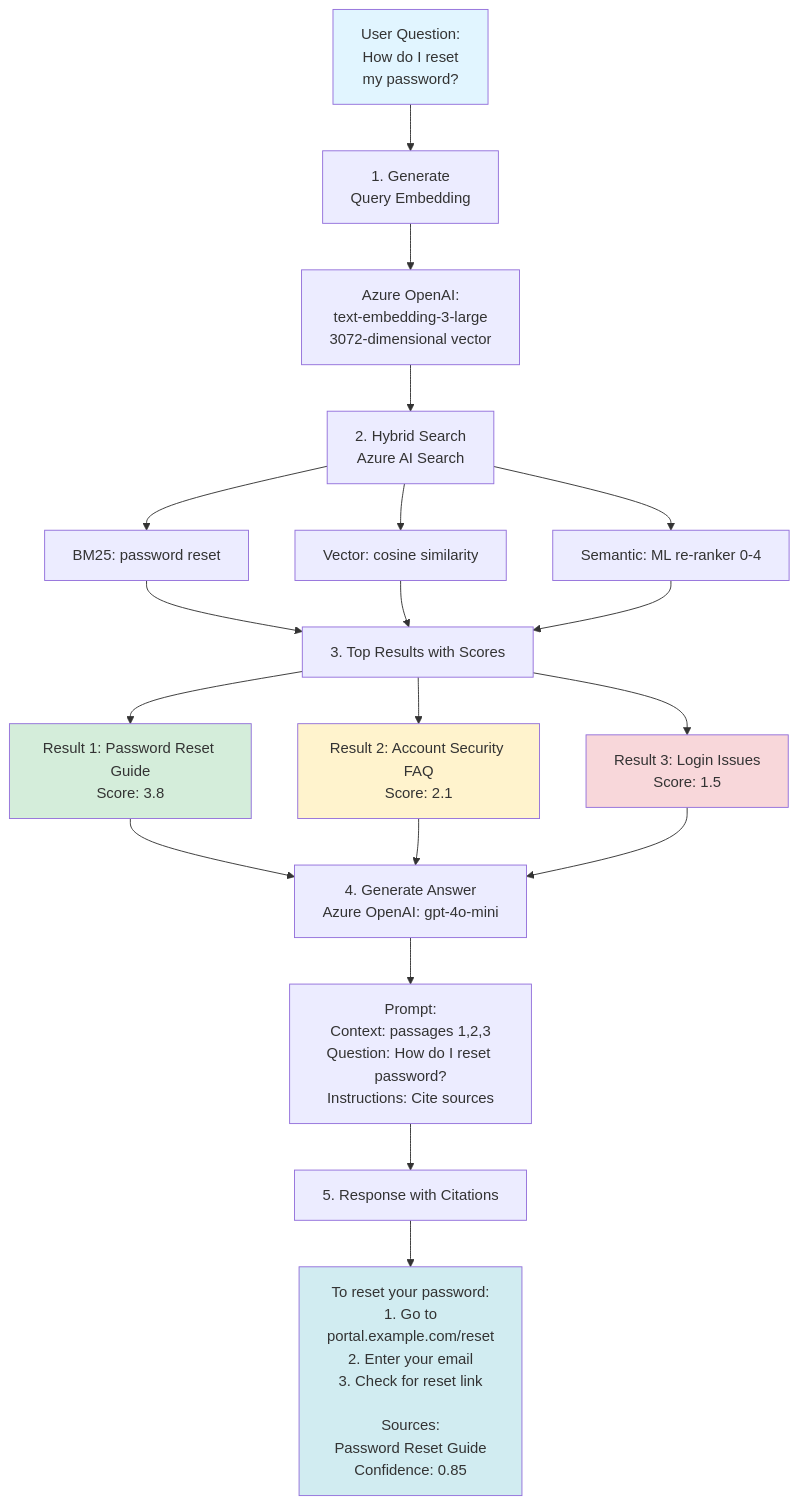
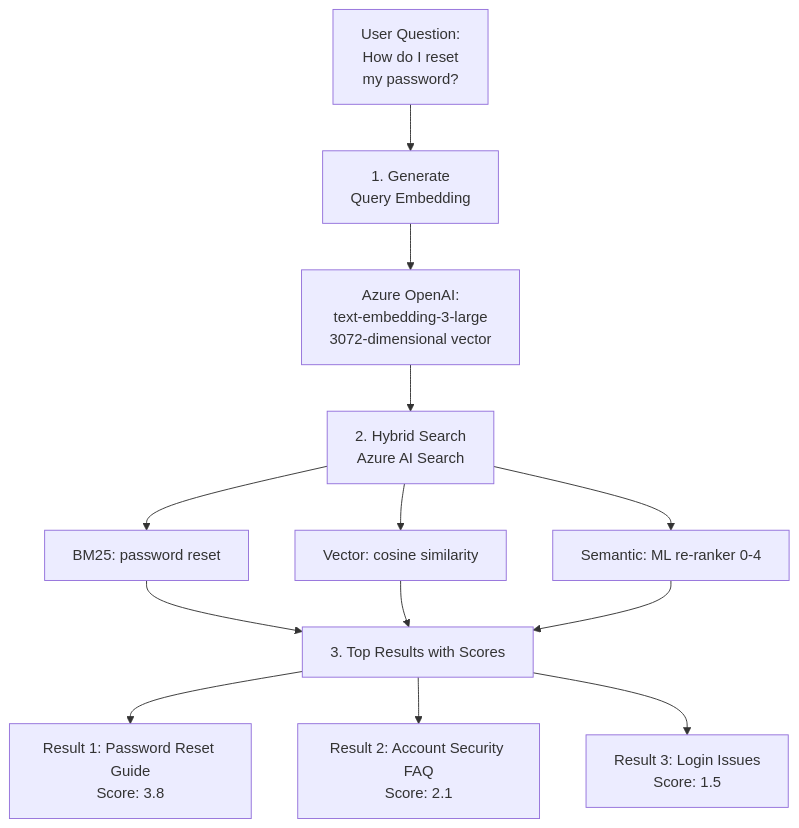
Before and after one commit to LuiseFreese/espc25-smart-support-agent: the first of 2 diagrams in demos/02-rag-search/README.md, drawn with Mermaid. The commit also changed other lines of this file and 83 other files, not shown here.

````diff
--- a/demos/02-rag-search/README.md
+++ b/demos/02-rag-search/README.md
@@ -123,34 +211,18 @@
 ```mermaid
 flowchart TD
     A[User Question:<br/>How do I reset <br/>my password?] --> B[1. Generate <br/>Query Embedding]
     B --> B1[Azure OpenAI:<br/>text-embedding-3-large<br/>3072-dimensional vector]
     B1 --> C[2. Hybrid Search<br/>Azure AI Search]
     
     C --> C1[BM25: password reset]
     C --> C2[Vector: cosine similarity]
     C --> C3[Semantic: ML re-ranker 0-4]
     
     C1 --> D[3. Top Results with Scores]
     C2 --> D
     C3 --> D
     
     D --> D1["Result 1: Password Reset Guide<br/>Score: 3.8"]
     D --> D2["Result 2: Account Security FAQ<br/>Score: 2.1"]
     D --> D3["Result 3: Login Issues<br/>Score: 1.5"]
-    
-    D1 --> E[4. Generate Answer<br/>Azure OpenAI: gpt-4o-mini]
-    D2 --> E
-    D3 --> E
-    
-    E --> E1["Prompt:<br/>Context: passages 1,2,3<br/>Question: How do I reset password?<br/>Instructions: Cite sources"]
-    
-    E1 --> F[5. Response with Citations]
-    
-    F --> F1["To reset your password:<br/>1. Go to <br/>portal.example.com/reset<br/>2. Enter your email<br/>3. Check for reset link<br/><br/>Sources:<br/>Password Reset Guide<br/>Confidence: 0.85"]
-    
-    style A fill:#e1f5ff
-    style D1 fill:#d4edda
-    style D2 fill:#fff3cd
-    style D3 fill:#f8d7da
-    style F1 fill:#d1ecf1
 ```
````
